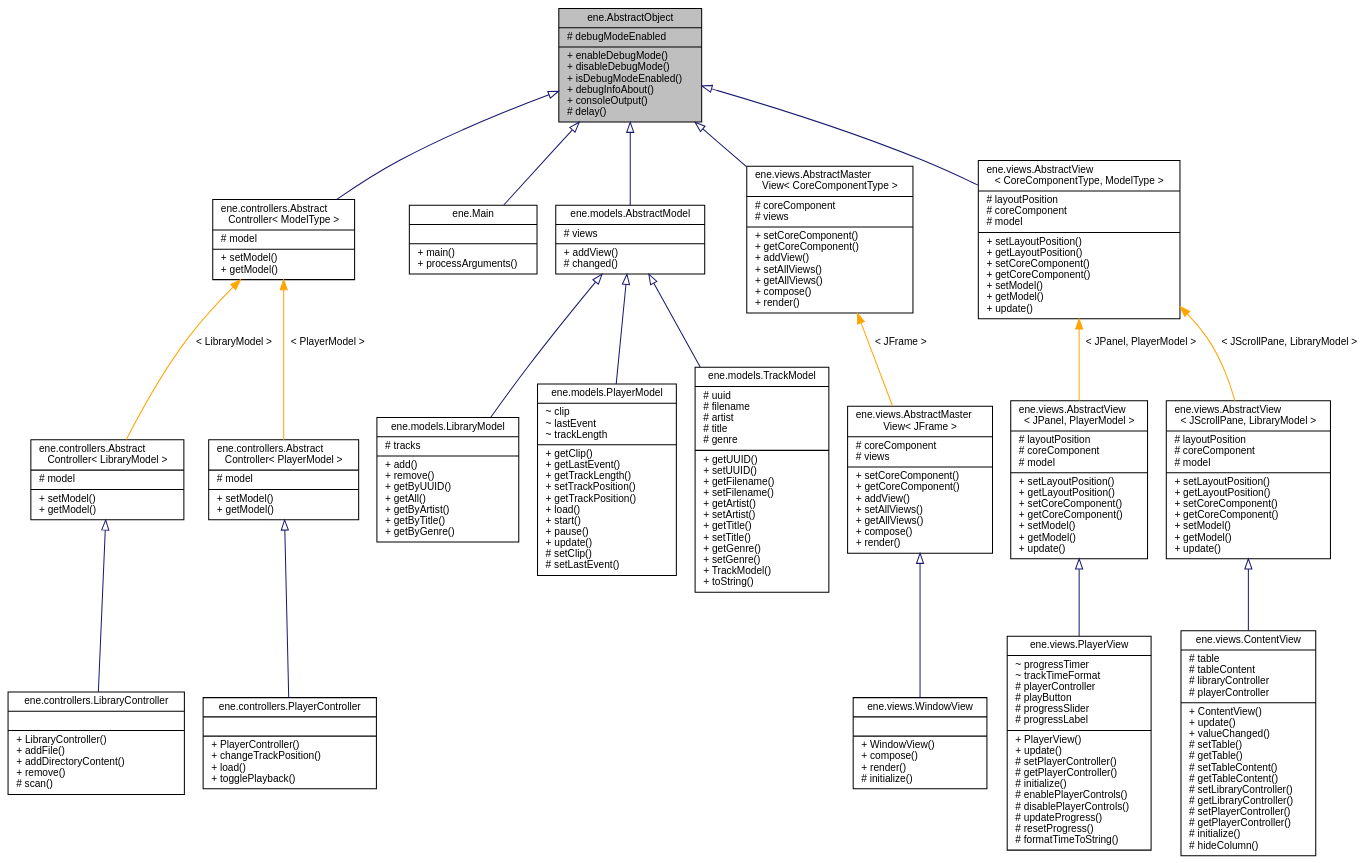
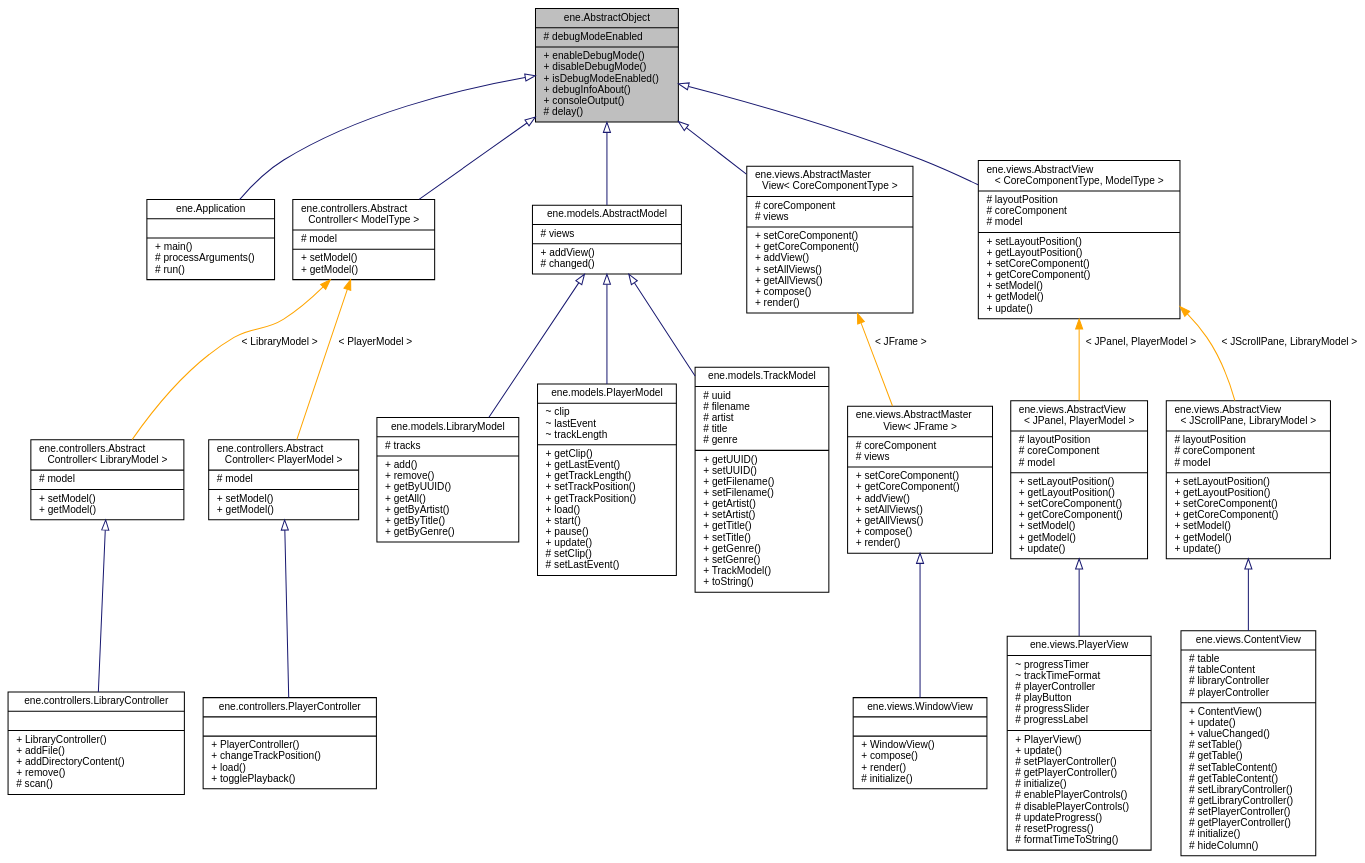
One commit to vivi90/ene changed the diagram in docs/classene_1_1AbstractObject__inherit__graph.dot. Above: the diagram before and after it, drawn with Graphviz. The commit also changed 198 other files, not shown here.

Commit message:
SQLite JDBC driver library added and Application class introduced.

```diff
--- a/docs/classene_1_1AbstractObject__inherit__graph.dot
+++ b/docs/classene_1_1AbstractObject__inherit__graph.dot
@@ -1,43 +1,43 @@
 digraph "ene.AbstractObject"
 {
   bgcolor="transparent";
   edge [fontname="Helvetica",fontsize="10",labelfontname="Helvetica",labelfontsize="10"];
   node [fontname="Helvetica",fontsize="10",shape=record];
   Node0 [label="{ene.AbstractObject\n|# debugModeEnabled\l|+ enableDebugMode()\l+ disableDebugMode()\l+ isDebugModeEnabled()\l+ debugInfoAbout()\l+ consoleOutput()\l# delay()\l}",height=0.2,width=0.4,color="black", fillcolor="grey75", style="filled", fontcolor="black"];
   Node0 -> Node1 [dir="back",color="midnightblue",fontsize="10",style="solid",arrowtail="onormal",fontname="Helvetica"];
-  Node1 [label="{ene.controllers.Abstract\lController\< ModelType \>\n|# model\l|+ setModel()\l+ getModel()\l}",height=0.2,width=0.4,color="black",URL="$classene_1_1controllers_1_1AbstractController.html"];
-  Node1 -> Node2 [dir="back",color="orange",fontsize="10",style="solid",label=" \< LibraryModel \>" ,fontname="Helvetica"];
-  Node2 [label="{ene.controllers.Abstract\lController\< LibraryModel \>\n|# model\l|+ setModel()\l+ getModel()\l}",height=0.2,width=0.4,color="black",URL="$classene_1_1controllers_1_1AbstractController.html"];
-  Node2 -> Node3 [dir="back",color="midnightblue",fontsize="10",style="solid",arrowtail="onormal",fontname="Helvetica"];
-  Node3 [label="{ene.controllers.LibraryController\n||+ LibraryController()\l+ addFile()\l+ addDirectoryContent()\l+ remove()\l# scan()\l}",height=0.2,width=0.4,color="black",URL="$classene_1_1controllers_1_1LibraryController.html"];
-  Node1 -> Node4 [dir="back",color="orange",fontsize="10",style="solid",label=" \< PlayerModel \>" ,fontname="Helvetica"];
-  Node4 [label="{ene.controllers.Abstract\lController\< PlayerModel \>\n|# model\l|+ setModel()\l+ getModel()\l}",height=0.2,width=0.4,color="black",URL="$classene_1_1controllers_1_1AbstractController.html"];
-  Node4 -> Node5 [dir="back",color="midnightblue",fontsize="10",style="solid",arrowtail="onormal",fontname="Helvetica"];
-  Node5 [label="{ene.controllers.PlayerController\n||+ PlayerController()\l+ changeTrackPosition()\l+ load()\l+ togglePlayback()\l}",height=0.2,width=0.4,color="black",URL="$classene_1_1controllers_1_1PlayerController.html"];
-  Node0 -> Node6 [dir="back",color="midnightblue",fontsize="10",style="solid",arrowtail="onormal",fontname="Helvetica"];
-  Node6 [label="{ene.Main\n||+ main()\l+ processArguments()\l}",height=0.2,width=0.4,color="black",URL="$classene_1_1Main.html"];
+  Node1 [label="{ene.Application\n||+ main()\l# processArguments()\l# run()\l}",height=0.2,width=0.4,color="black",URL="$classene_1_1Application.html"];
+  Node0 -> Node2 [dir="back",color="midnightblue",fontsize="10",style="solid",arrowtail="onormal",fontname="Helvetica"];
+  Node2 [label="{ene.controllers.Abstract\lController\< ModelType \>\n|# model\l|+ setModel()\l+ getModel()\l}",height=0.2,width=0.4,color="black",URL="$classene_1_1controllers_1_1AbstractController.html"];
+  Node2 -> Node3 [dir="back",color="orange",fontsize="10",style="solid",label=" \< LibraryModel \>" ,fontname="Helvetica"];
+  Node3 [label="{ene.controllers.Abstract\lController\< LibraryModel \>\n|# model\l|+ setModel()\l+ getModel()\l}",height=0.2,width=0.4,color="black",URL="$classene_1_1controllers_1_1AbstractController.html"];
+  Node3 -> Node4 [dir="back",color="midnightblue",fontsize="10",style="solid",arrowtail="onormal",fontname="Helvetica"];
+  Node4 [label="{ene.controllers.LibraryController\n||+ LibraryController()\l+ addFile()\l+ addDirectoryContent()\l+ remove()\l# scan()\l}",height=0.2,width=0.4,color="black",URL="$classene_1_1controllers_1_1LibraryController.html"];
+  Node2 -> Node5 [dir="back",color="orange",fontsize="10",style="solid",label=" \< PlayerModel \>" ,fontname="Helvetica"];
+  Node5 [label="{ene.controllers.Abstract\lController\< PlayerModel \>\n|# model\l|+ setModel()\l+ getModel()\l}",height=0.2,width=0.4,color="black",URL="$classene_1_1controllers_1_1AbstractController.html"];
+  Node5 -> Node6 [dir="back",color="midnightblue",fontsize="10",style="solid",arrowtail="onormal",fontname="Helvetica"];
+  Node6 [label="{ene.controllers.PlayerController\n||+ PlayerController()\l+ changeTrackPosition()\l+ load()\l+ togglePlayback()\l}",height=0.2,width=0.4,color="black",URL="$classene_1_1controllers_1_1PlayerController.html"];
   Node0 -> Node7 [dir="back",color="midnightblue",fontsize="10",style="solid",arrowtail="onormal",fontname="Helvetica"];
   Node7 [label="{ene.models.AbstractModel\n|# views\l|+ addView()\l# changed()\l}",height=0.2,width=0.4,color="black",URL="$classene_1_1models_1_1AbstractModel.html"];
   Node7 -> Node8 [dir="back",color="midnightblue",fontsize="10",style="solid",arrowtail="onormal",fontname="Helvetica"];
   Node8 [label="{ene.models.LibraryModel\n|# tracks\l|+ add()\l+ remove()\l+ getByUUID()\l+ getAll()\l+ getByArtist()\l+ getByTitle()\l+ getByGenre()\l}",height=0.2,width=0.4,color="black",URL="$classene_1_1models_1_1LibraryModel.html"];
   Node7 -> Node9 [dir="back",color="midnightblue",fontsize="10",style="solid",arrowtail="onormal",fontname="Helvetica"];
   Node9 [label="{ene.models.PlayerModel\n|~ clip\l~ lastEvent\l~ trackLength\l|+ getClip()\l+ getLastEvent()\l+ getTrackLength()\l+ setTrackPosition()\l+ getTrackPosition()\l+ load()\l+ start()\l+ pause()\l+ update()\l# setClip()\l# setLastEvent()\l}",height=0.2,width=0.4,color="black",URL="$classene_1_1models_1_1PlayerModel.html"];
   Node7 -> Node10 [dir="back",color="midnightblue",fontsize="10",style="solid",arrowtail="onormal",fontname="Helvetica"];
   Node10 [label="{ene.models.TrackModel\n|# uuid\l# filename\l# artist\l# title\l# genre\l|+ getUUID()\l+ setUUID()\l+ getFilename()\l+ setFilename()\l+ getArtist()\l+ setArtist()\l+ getTitle()\l+ setTitle()\l+ getGenre()\l+ setGenre()\l+ TrackModel()\l+ toString()\l}",height=0.2,width=0.4,color="black",URL="$classene_1_1models_1_1TrackModel.html"];
   Node0 -> Node11 [dir="back",color="midnightblue",fontsize="10",style="solid",arrowtail="onormal",fontname="Helvetica"];
   Node11 [label="{ene.views.AbstractMaster\lView\< CoreComponentType \>\n|# coreComponent\l# views\l|+ setCoreComponent()\l+ getCoreComponent()\l+ addView()\l+ setAllViews()\l+ getAllViews()\l+ compose()\l+ render()\l}",height=0.2,width=0.4,color="black",URL="$classene_1_1views_1_1AbstractMasterView.html"];
   Node11 -> Node12 [dir="back",color="orange",fontsize="10",style="solid",label=" \< JFrame \>" ,fontname="Helvetica"];
   Node12 [label="{ene.views.AbstractMaster\lView\< JFrame \>\n|# coreComponent\l# views\l|+ setCoreComponent()\l+ getCoreComponent()\l+ addView()\l+ setAllViews()\l+ getAllViews()\l+ compose()\l+ render()\l}",height=0.2,width=0.4,color="black",URL="$classene_1_1views_1_1AbstractMasterView.html"];
   Node12 -> Node13 [dir="back",color="midnightblue",fontsize="10",style="solid",arrowtail="onormal",fontname="Helvetica"];
   Node13 [label="{ene.views.WindowView\n||+ WindowView()\l+ compose()\l+ render()\l# initialize()\l}",height=0.2,width=0.4,color="black",URL="$classene_1_1views_1_1WindowView.html"];
   Node0 -> Node14 [dir="back",color="midnightblue",fontsize="10",style="solid",arrowtail="onormal",fontname="Helvetica"];
   Node14 [label="{ene.views.AbstractView\l\< CoreComponentType, ModelType \>\n|# layoutPosition\l# coreComponent\l# model\l|+ setLayoutPosition()\l+ getLayoutPosition()\l+ setCoreComponent()\l+ getCoreComponent()\l+ setModel()\l+ getModel()\l+ update()\l}",height=0.2,width=0.4,color="black",URL="$classene_1_1views_1_1AbstractView.html"];
   Node14 -> Node15 [dir="back",color="orange",fontsize="10",style="solid",label=" \< JPanel, PlayerModel \>" ,fontname="Helvetica"];
   Node15 [label="{ene.views.AbstractView\l\< JPanel, PlayerModel \>\n|# layoutPosition\l# coreComponent\l# model\l|+ setLayoutPosition()\l+ getLayoutPosition()\l+ setCoreComponent()\l+ getCoreComponent()\l+ setModel()\l+ getModel()\l+ update()\l}",height=0.2,width=0.4,color="black",URL="$classene_1_1views_1_1AbstractView.html"];
   Node15 -> Node16 [dir="back",color="midnightblue",fontsize="10",style="solid",arrowtail="onormal",fontname="Helvetica"];
   Node16 [label="{ene.views.PlayerView\n|~ progressTimer\l~ trackTimeFormat\l# playerController\l# playButton\l# progressSlider\l# progressLabel\l|+ PlayerView()\l+ update()\l# setPlayerController()\l# getPlayerController()\l# initialize()\l# enablePlayerControls()\l# disablePlayerControls()\l# updateProgress()\l# resetProgress()\l# formatTimeToString()\l}",height=0.2,width=0.4,color="black",URL="$classene_1_1views_1_1PlayerView.html"];
   Node14 -> Node17 [dir="back",color="orange",fontsize="10",style="solid",label=" \< JScrollPane, LibraryModel \>" ,fontname="Helvetica"];
   Node17 [label="{ene.views.AbstractView\l\< JScrollPane, LibraryModel \>\n|# layoutPosition\l# coreComponent\l# model\l|+ setLayoutPosition()\l+ getLayoutPosition()\l+ setCoreComponent()\l+ getCoreComponent()\l+ setModel()\l+ getModel()\l+ update()\l}",height=0.2,width=0.4,color="black",URL="$classene_1_1views_1_1AbstractView.html"];
   Node17 -> Node18 [dir="back",color="midnightblue",fontsize="10",style="solid",arrowtail="onormal",fontname="Helvetica"];
   Node18 [label="{ene.views.ContentView\n|# table\l# tableContent\l# libraryController\l# playerController\l|+ ContentView()\l+ update()\l+ valueChanged()\l# setTable()\l# getTable()\l# setTableContent()\l# getTableContent()\l# setLibraryController()\l# getLibraryController()\l# setPlayerController()\l# getPlayerController()\l# initialize()\l# hideColumn()\l}",height=0.2,width=0.4,color="black",URL="$classene_1_1views_1_1ContentView.html"];
 }
```
